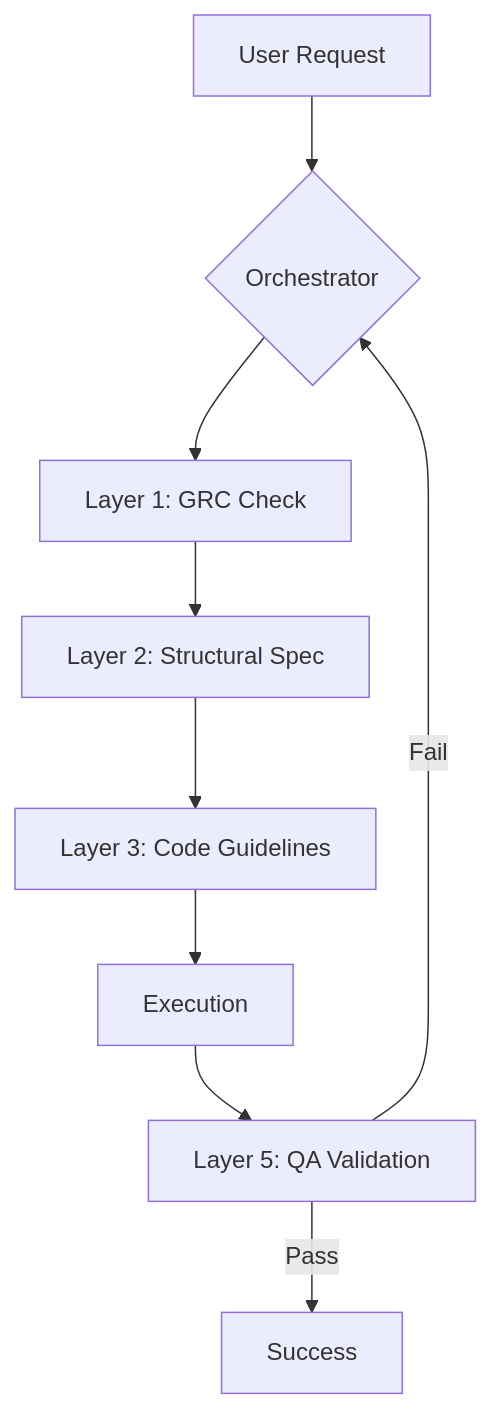
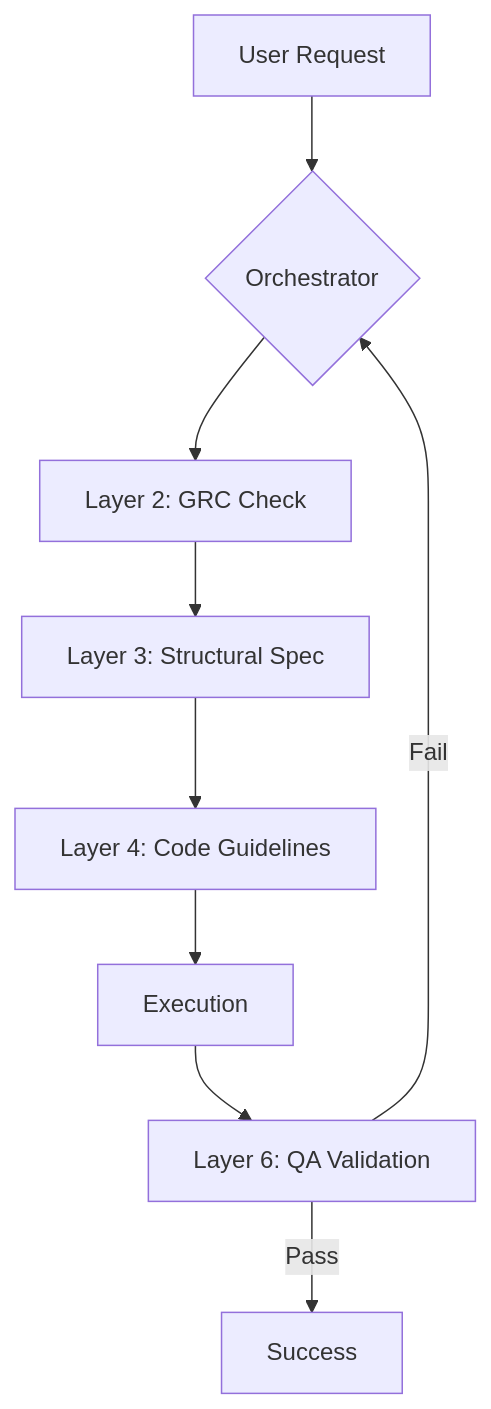
Before and after one commit to rausejop/C23_SDD_SSDLC: the third of 17 diagrams in README.md, drawn with Mermaid. The commit also changed other lines of this file and 19 other files, not shown here.

````diff
--- a/README.md
+++ b/README.md
@@ -81,11 +81,11 @@
 ```mermaid
 graph TD
     A[User Request] --> B{Orchestrator}
-    B --> C[Layer 1: GRC Check]
-    C --> D[Layer 2: Structural Spec]
-    D --> E[Layer 3: Code Guidelines]
+    B --> C[Layer 2: GRC Check]
+    C --> D[Layer 3: Structural Spec]
+    D --> E[Layer 4: Code Guidelines]
     E --> F[Execution]
-    F --> G[Layer 5: QA Validation]
+    F --> G[Layer 6: QA Validation]
     G -- Pass --> H[Success]
     G -- Fail --> B
 ```
````
